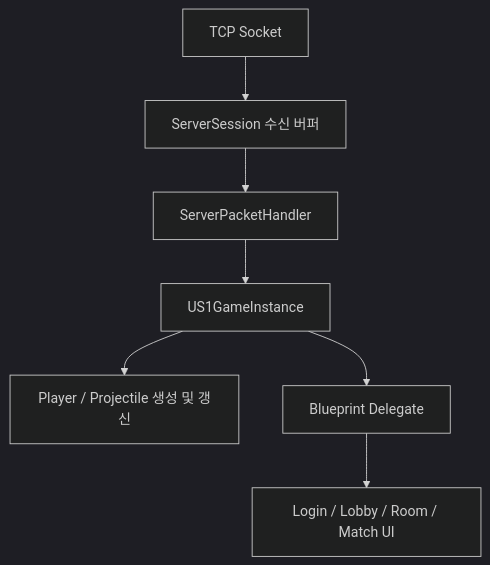
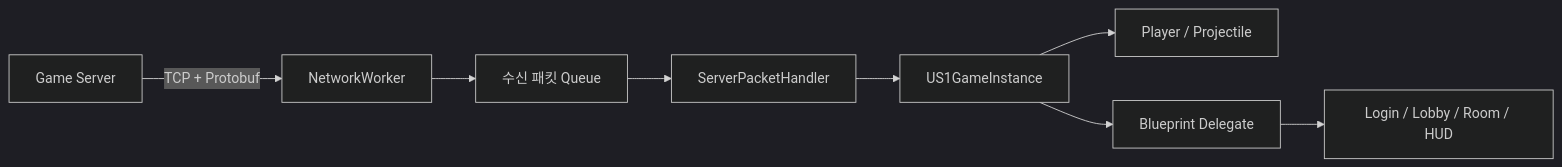
Before and after one commit to JJW8584/Unreal_Project_Arena: the second of 2 diagrams in README.md, drawn with Mermaid (dark theme). The commit also changed other lines of this file, not shown here.

````diff
--- a/README.md
+++ b/README.md
@@ -59,9 +51,10 @@
 ```mermaid
-flowchart TD
-    Socket[TCP Socket] --> Session[ServerSession 수신 버퍼]
-    Session --> Handler[ServerPacketHandler]
+flowchart LR
+    Server[Game Server] -->|TCP + Protobuf| Worker[NetworkWorker]
+    Worker --> Queue[수신 패킷 Queue]
+    Queue --> Handler[ServerPacketHandler]
     Handler --> GI[US1GameInstance]
-    GI --> World[Player / Projectile 생성 및 갱신]
+    GI --> World[Player / Projectile]
     GI --> Delegate[Blueprint Delegate]
-    Delegate --> UI[Login / Lobby / Room / Match UI]
+    Delegate --> UI[Login / Lobby / Room / HUD]
 ```
````
